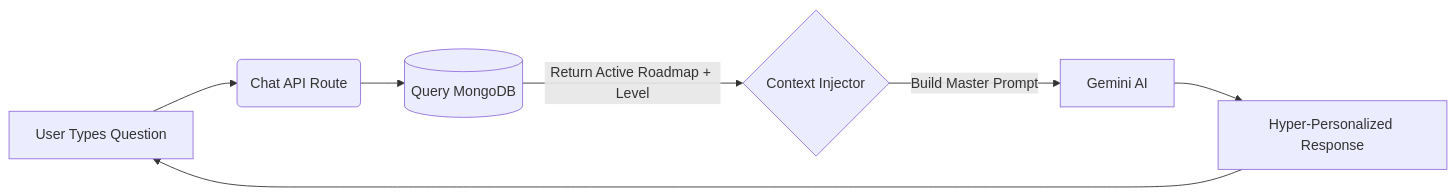
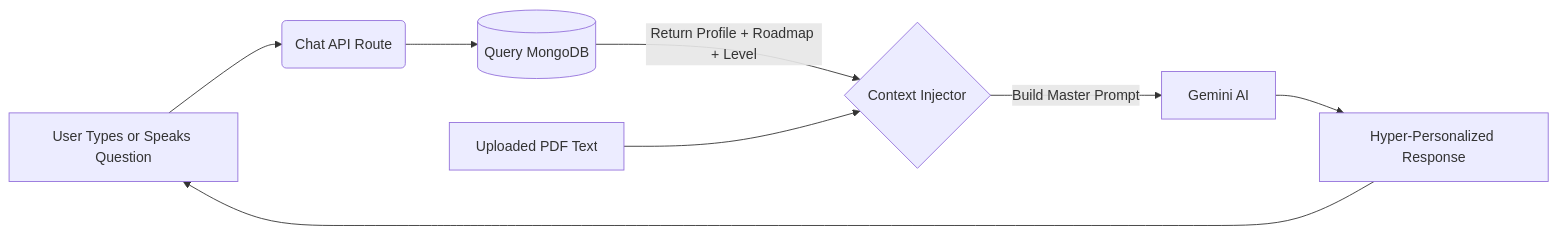
Before and after one commit to krrish-cypto/learnsync-ai: the third of 7 diagrams in README.md, drawn with Mermaid. The commit also changed other lines of this file, not shown here.

Commit message:
Overhaul README with all new features: Quiz, PDF Export, Voice Input, Profile, Landing Page

````diff
--- a/README.md
+++ b/README.md
@@ -193,9 +235,10 @@
 ```mermaid
 flowchart LR
-    A[User Types Question] --> B(Chat API Route)
+    A[User Types or Speaks Question] --> B(Chat API Route)
     B --> C[(Query MongoDB)]
-    C -->|Return Active Roadmap + Level| D{Context Injector}
-    D -->|Build Master Prompt| E[Gemini AI]
-    E --> F[Hyper-Personalized Response]
-    F --> A
+    C --> |Return Profile + Roadmap + Level| D{Context Injector}
+    E[Uploaded PDF Text] --> D
+    D --> |Build Master Prompt| F[Gemini AI]
+    F --> G[Hyper-Personalized Response]
+    G --> A
 ```
````
